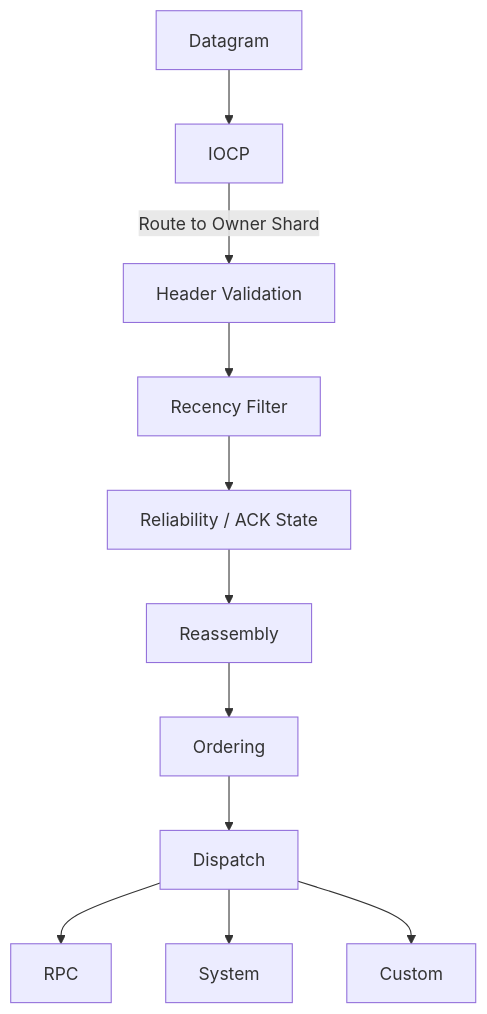
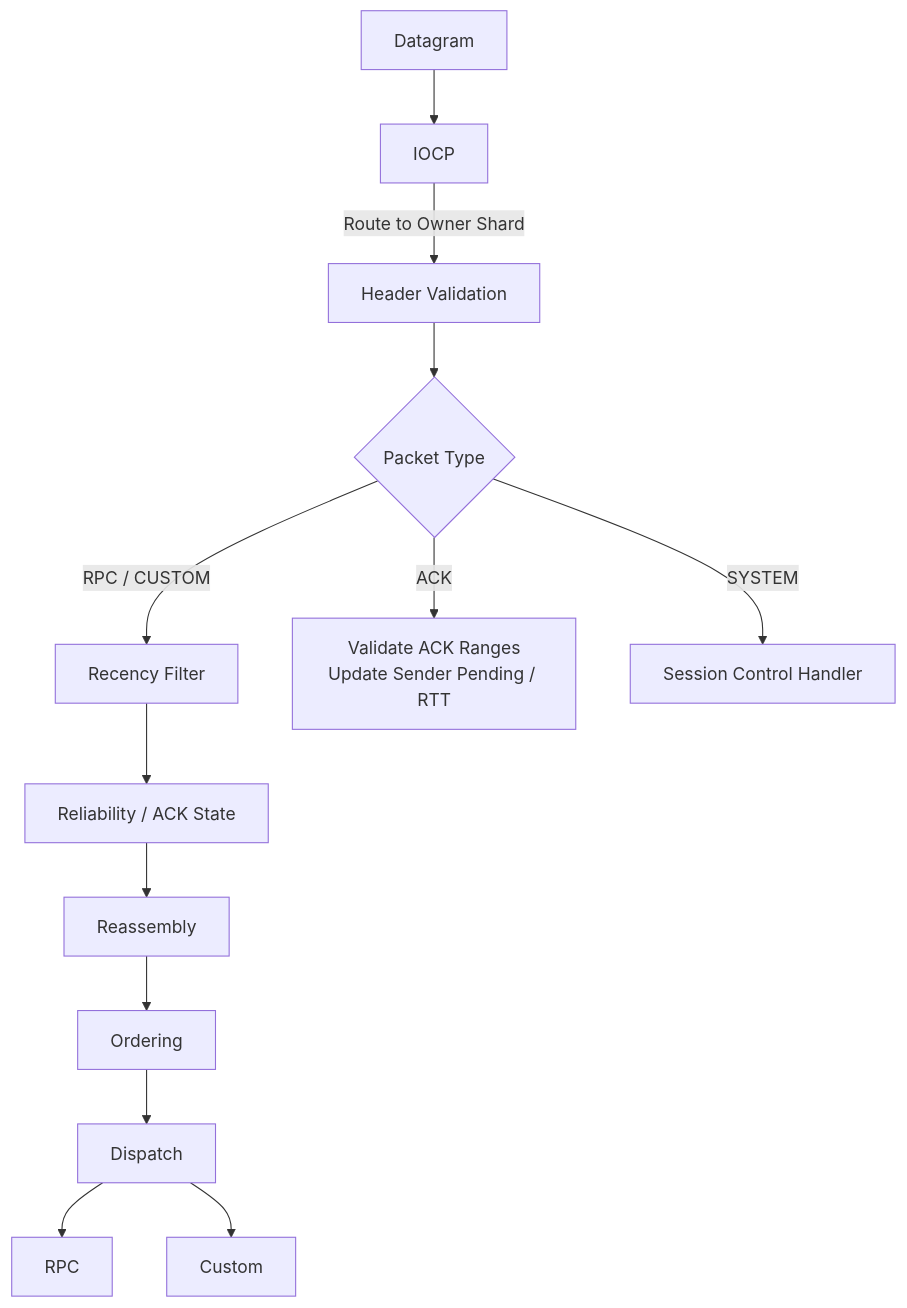
Before and after one commit to akxotjr/akxotjr.github.io: the third of 3 diagrams in content/Projects/Jam/Networking/03. Packet Processing Pipeline.md, drawn with Mermaid. The commit also changed other lines of this file and 34 other files, not shown here.

````diff
--- a/content/Projects/Jam/Networking/03. Packet Processing Pipeline.md
+++ b/content/Projects/Jam/Networking/03. Packet Processing Pipeline.md
@@ -65,30 +66,31 @@
 ```mermaid
 flowchart TD
 
     Datagram["Datagram"]
     IOCP["IOCP"]
 
     Header["Header Validation"]
     Recency["Recency Filter"]
     Reliability["Reliability / ACK State"]
     Reassembly["Reassembly"]
     Ordering["Ordering"]
     Dispatch["Dispatch"]
 
     RPC["RPC"]
-    System["System"]
     Custom["Custom"]
 
     Datagram --> IOCP
     IOCP -- "Route to Owner Shard" --> Header
 
-    Header --> Recency
+    Header --> Type{"Packet Type"}
+    Type -- "ACK" --> AckHandler["Validate ACK Ranges<br/>Update Sender Pending / RTT"]
+    Type -- "SYSTEM" --> Control["Session Control Handler"]
+    Type -- "RPC / CUSTOM" --> Recency
     Recency --> Reliability
     Reliability --> Reassembly
     Reassembly --> Ordering
     Ordering --> Dispatch
 
     Dispatch --> RPC
-    Dispatch --> System
     Dispatch --> Custom
 ```
````
